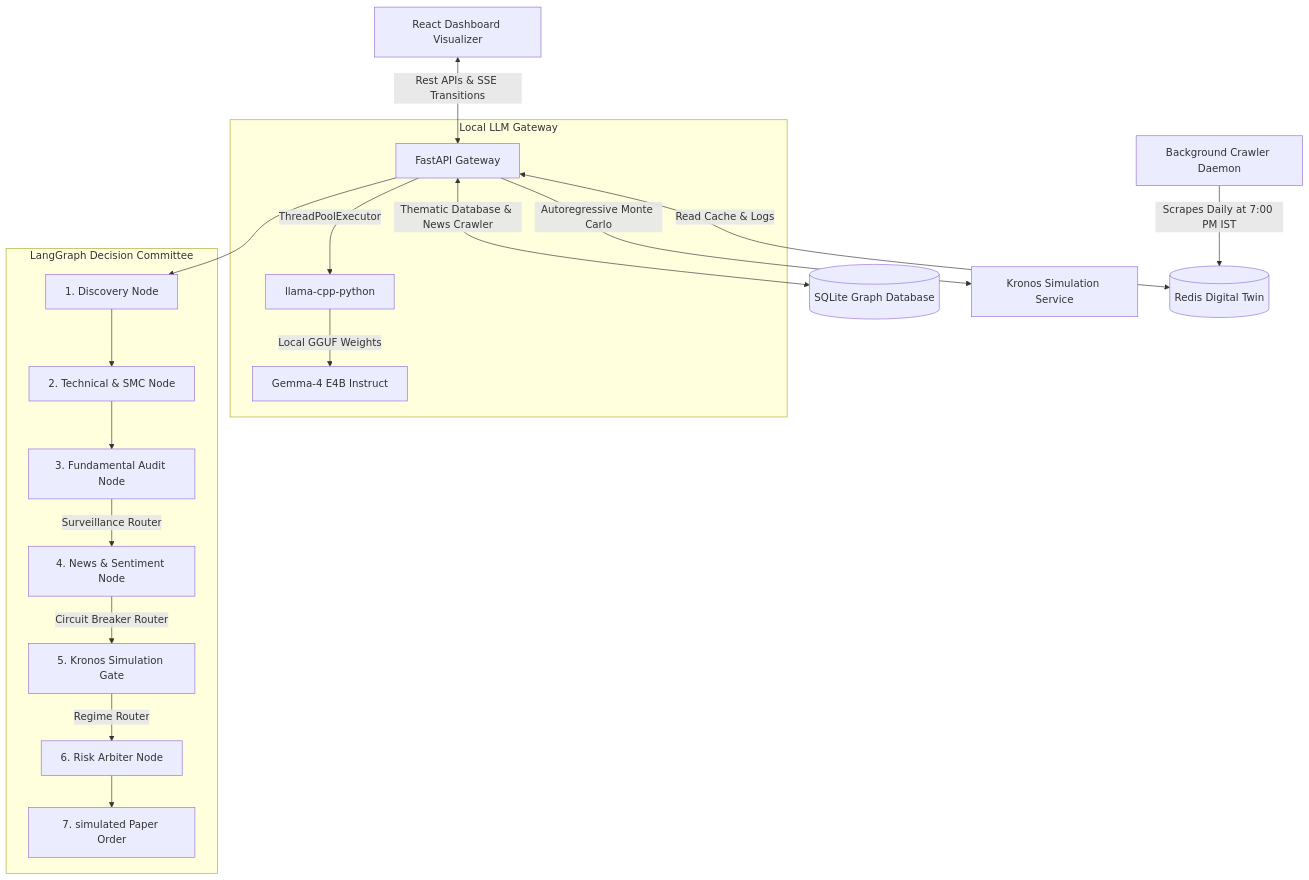
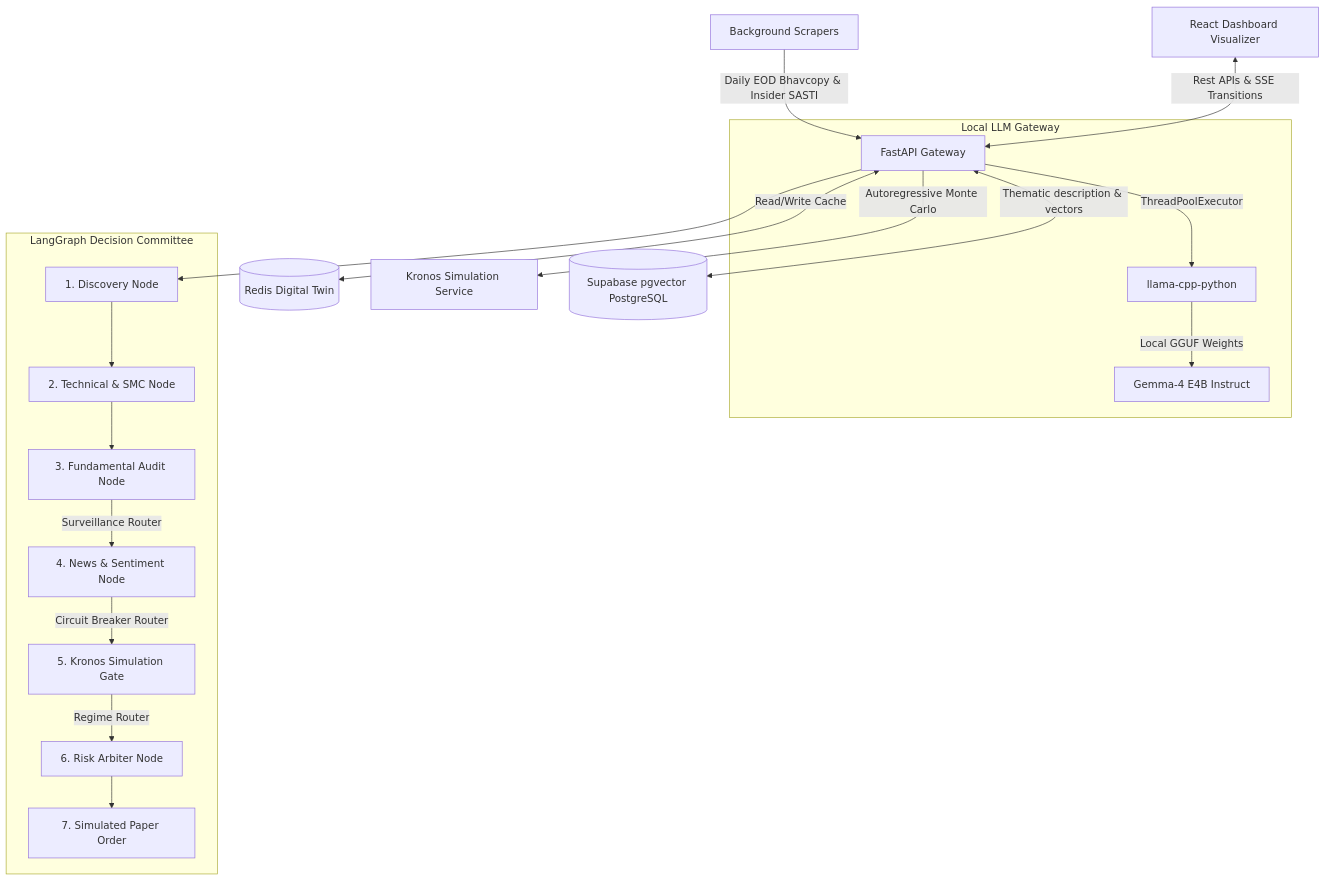
The diagram in README.md (akdey/Echo), drawn with Mermaid before and after one commit. The commit also changed other lines of this file and 4 other files, not shown here.

Commit message:
feat: implement three-tier news engine for macro, corporate, and watchlist analysis with Supabase integration

````diff
--- a/README.md
+++ b/README.md
@@ -384,23 +424,23 @@
 ```mermaid
 graph TD
-    A[Background Crawler Daemon] -->|Scrapes Daily at 7:00 PM IST| B[(Redis Digital Twin)]
-    C[React Dashboard Visualizer] <-->|Rest APIs & SSE Transitions| D[FastAPI Gateway]
-    D <-->|Read Cache & Logs| B
+    A[Background Scrapers] -->|Daily EOD Bhavcopy & Insider SASTI| D[FastAPI Gateway]
+    C[React Dashboard Visualizer] <-->|Rest APIs & SSE Transitions| D
+    D <-->|Read/Write Cache| B[(Redis Digital Twin)]
     D -->|Autoregressive Monte Carlo| E[Kronos Simulation Service]
-    D <-->|Thematic Database & News Crawler| H[(SQLite Graph Database)]
+    D <-->|Thematic description & vectors| H[(Supabase pgvector PostgreSQL)]
     
     subgraph Local LLM Gateway
         D -->|ThreadPoolExecutor| F[llama-cpp-python]
         F -->|Local GGUF Weights| G[Gemma-4 E4B Instruct]
     end
     
     subgraph LangGraph Decision Committee
         D --> I[1. Discovery Node]
         I --> J[2. Technical & SMC Node]
         J --> K[3. Fundamental Audit Node]
         K -->|Surveillance Router| L[4. News & Sentiment Node]
         L -->|Circuit Breaker Router| M[5. Kronos Simulation Gate]
         M -->|Regime Router| N[6. Risk Arbiter Node]
-        N --> O[7. simulated Paper Order]
+        N --> O[7. Simulated Paper Order]
     end
 ```
````
